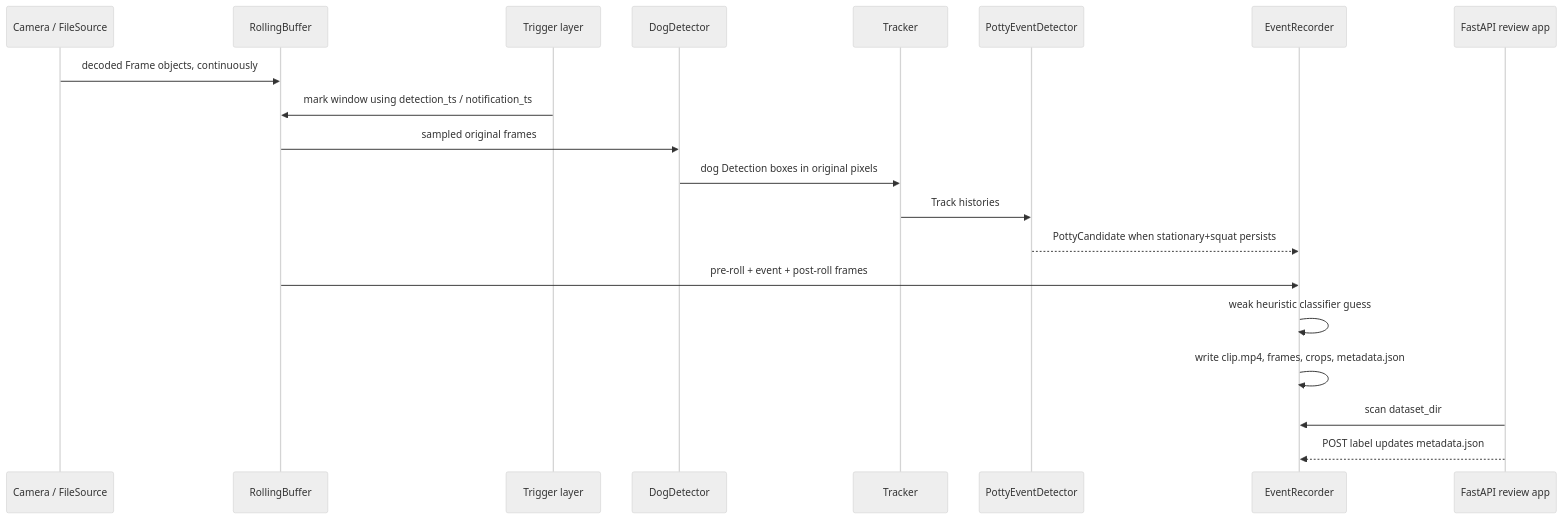
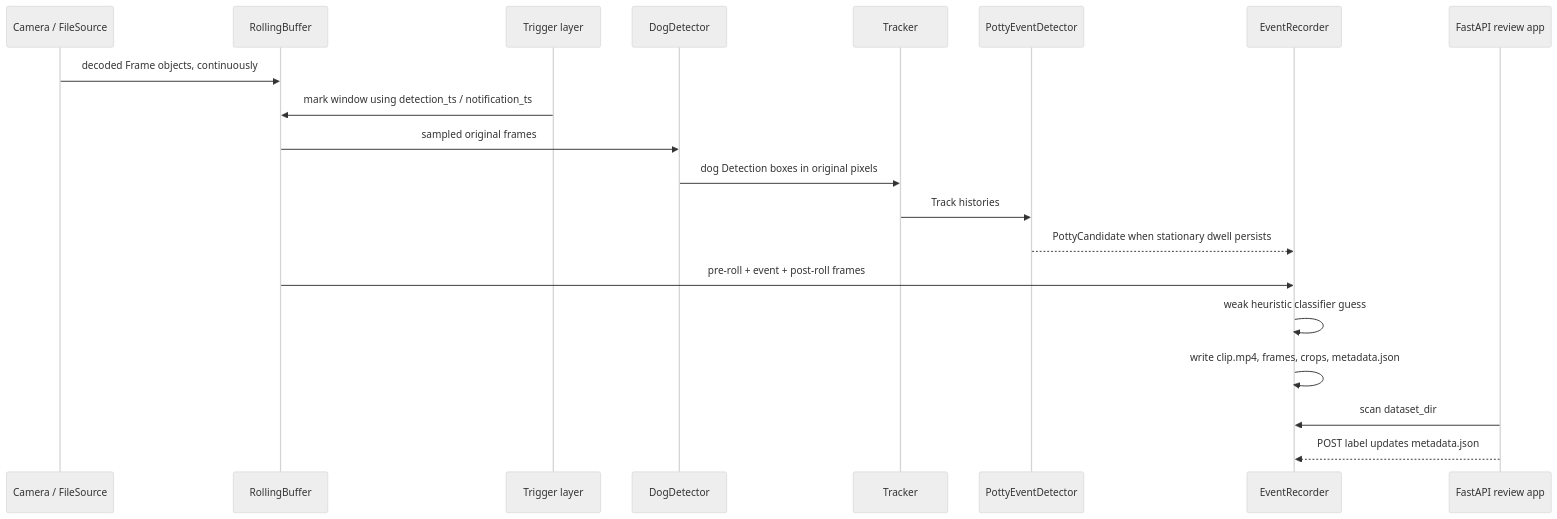
One commit to yxbh/DetectivePotty changed the diagram in docs/ARCHITECTURE.md. Above: the diagram before and after it, drawn with Mermaid (neutral theme). The commit also changed other lines of this file and 14 other files, not shown here.

First line of the commit message:
Make potty detector dwell-only; remove squat trigger

````diff
--- a/docs/ARCHITECTURE.md
+++ b/docs/ARCHITECTURE.md
@@ -7,23 +7,23 @@
 ```mermaid
 sequenceDiagram
     participant Cam as Camera / FileSource
     participant Buf as RollingBuffer
     participant Trig as Trigger layer
     participant Det as DogDetector
     participant Track as Tracker
     participant SM as PottyEventDetector
     participant Rec as EventRecorder
     participant Web as FastAPI review app
 
     Cam->>Buf: decoded Frame objects, continuously
     Trig->>Buf: mark window using detection_ts / notification_ts
     Buf->>Det: sampled original frames
     Det->>Track: dog Detection boxes in original pixels
     Track->>SM: Track histories
-    SM-->>Rec: PottyCandidate when stationary+squat persists
+    SM-->>Rec: PottyCandidate when stationary dwell persists
     Buf->>Rec: pre-roll + event + post-roll frames
     Rec->>Rec: weak heuristic classifier guess
     Rec->>Rec: write clip.mp4, frames, crops, metadata.json
     Web->>Rec: scan dataset_dir
     Web-->>Rec: POST label updates metadata.json
 ```
````
